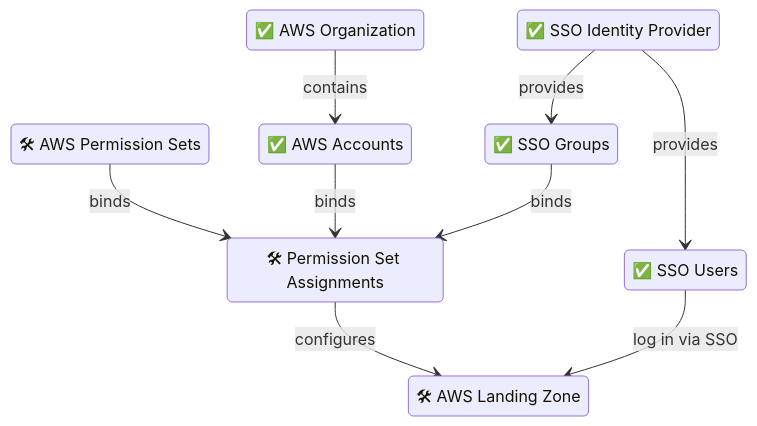
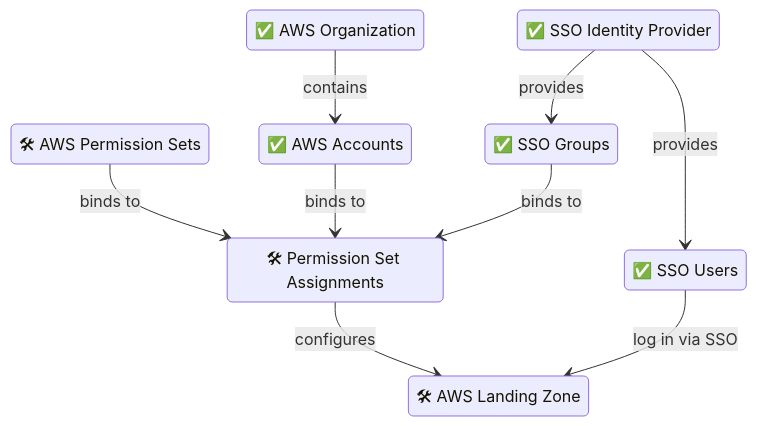
The first of 2 diagrams in docs/docs/landing-zone/index.md (baremetalhelp/baremetal.help), drawn with Mermaid before and after one commit. The commit also changed other lines of this file and 15 other files, not shown here.

````diff
--- a/docs/docs/landing-zone/index.md
+++ b/docs/docs/landing-zone/index.md
@@ -23,19 +23,19 @@
 ```mermaid
 stateDiagram-v2
    state "✅ AWS Organization" as organization
    state "✅ SSO Identity Provider" as directory
    state "✅ SSO Groups" as groups
    state "✅ SSO Users" as users
    state "✅ AWS Accounts" as accounts
    state "🛠 AWS Permission Sets" as permission_sets
    state "🛠 Permission Set Assignments" as permission_set_assignments
    state "🛠 AWS Landing Zone" as landing_zone
    organization --> accounts : contains
    directory --> users : provides
    directory --> groups : provides
-   permission_sets --> permission_set_assignments : binds
-   accounts --> permission_set_assignments : binds
-   groups --> permission_set_assignments : binds
+   permission_sets --> permission_set_assignments : binds to
+   accounts --> permission_set_assignments : binds to
+   groups --> permission_set_assignments : binds to
    permission_set_assignments --> landing_zone : configures
    users --> landing_zone : log in via SSO
 ```
````
